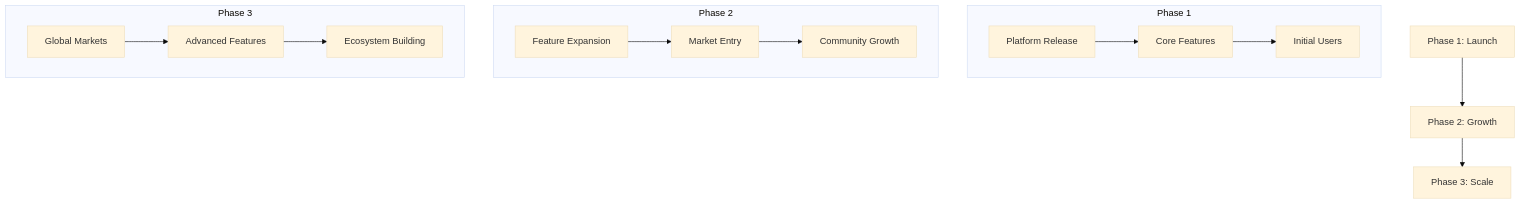
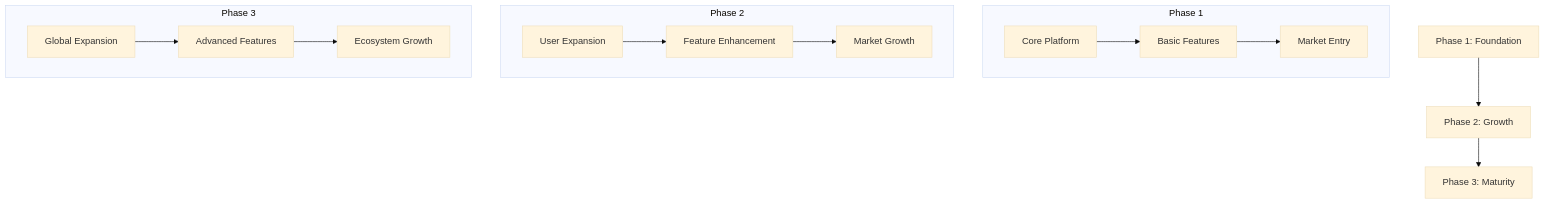
One commit to MEMEFANS/memefans changed the second of 3 diagrams in docs/whitepaper/roadmap.md. Above: the diagram before and after it, drawn with Mermaid (base theme). The commit also changed other lines of this file and 7 other files, not shown here.

````diff
--- a/docs/whitepaper/roadmap.md
+++ b/docs/whitepaper/roadmap.md
@@ -34,20 +28,20 @@
 ```mermaid
 graph TD
-    A[Phase 1: Launch] --> B[Phase 2: Growth]
-    B --> C[Phase 3: Scale]
+    A[Phase 1: Foundation] --> B[Phase 2: Growth]
+    B --> C[Phase 3: Maturity]
     
     subgraph Phase 1
-    A1[Platform Release] --> A2[Core Features]
-    A2 --> A3[Initial Users]
+    A1[Core Platform] --> A2[Basic Features]
+    A2 --> A3[Market Entry]
     end
     
     subgraph Phase 2
-    B1[Feature Expansion] --> B2[Market Entry]
-    B2 --> B3[Community Growth]
+    B1[User Expansion] --> B2[Feature Enhancement]
+    B2 --> B3[Market Growth]
     end
     
     subgraph Phase 3
-    C1[Global Markets] --> C2[Advanced Features]
-    C2 --> C3[Ecosystem Building]
+    C1[Global Expansion] --> C2[Advanced Features]
+    C2 --> C3[Ecosystem Growth]
     end
 ```
````
